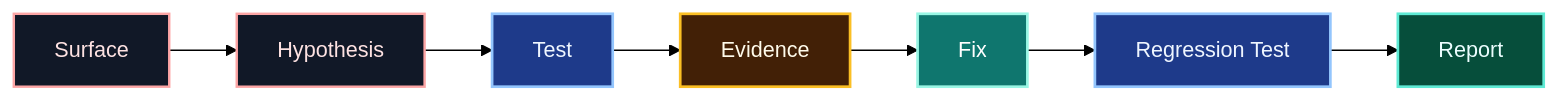
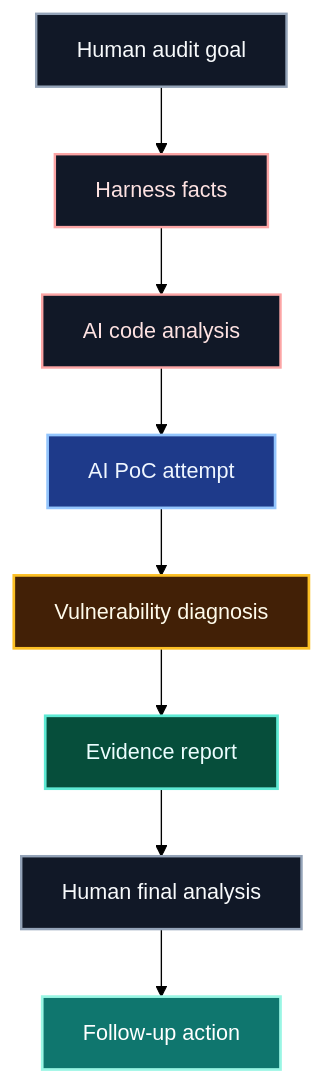
Diagram 16 of 16 in docs/ai-agent-effective-use/mermaid-diagrams.md (koalav/present-anyything), drawn with Mermaid (forest theme) before and after one commit. The commit also changed other lines of this file and 26 other files, not shown here.

````diff
--- a/docs/ai-agent-effective-use/mermaid-diagrams.md
+++ b/docs/ai-agent-effective-use/mermaid-diagrams.md
@@ -344,14 +318,16 @@
 ```mermaid
-flowchart LR
-  Surface[Surface]:::step --> Hypothesis[Hypothesis]:::step
-  Hypothesis --> Test[Test]:::run
-  Test --> Evidence[Evidence]:::evidence
-  Evidence --> Fix[Fix]:::fix
-  Fix --> Regression[Regression Test]:::run
-  Regression --> Report[Report]:::success
+flowchart TB
+  Goal[Human audit goal]:::human --> Facts[Harness facts]:::step
+  Facts --> Analysis[AI code analysis]:::step
+  Analysis --> PoC[AI PoC attempt]:::run
+  PoC --> Diagnosis[Vulnerability diagnosis]:::evidence
+  Diagnosis --> Evidence[Evidence report]:::success
+  Evidence --> Human[Human final analysis]:::human
+  Human --> Followup[Follow-up action]:::fix
   classDef step fill:#111827,stroke:#fca5a5,color:#fee2e2,stroke-width:1.8px;
   classDef run fill:#1e3a8a,stroke:#93c5fd,color:#eff6ff,stroke-width:2px;
   classDef evidence fill:#422006,stroke:#fbbf24,color:#fffbeb,stroke-width:2px;
   classDef fix fill:#0f766e,stroke:#99f6e4,color:#ffffff,stroke-width:2px;
+  classDef human fill:#111827,stroke:#94a3b8,color:#f8fafc,stroke-width:1.8px;
   classDef success fill:#064e3b,stroke:#5eead4,color:#ecfeff,stroke-width:2px;
 ```
````
